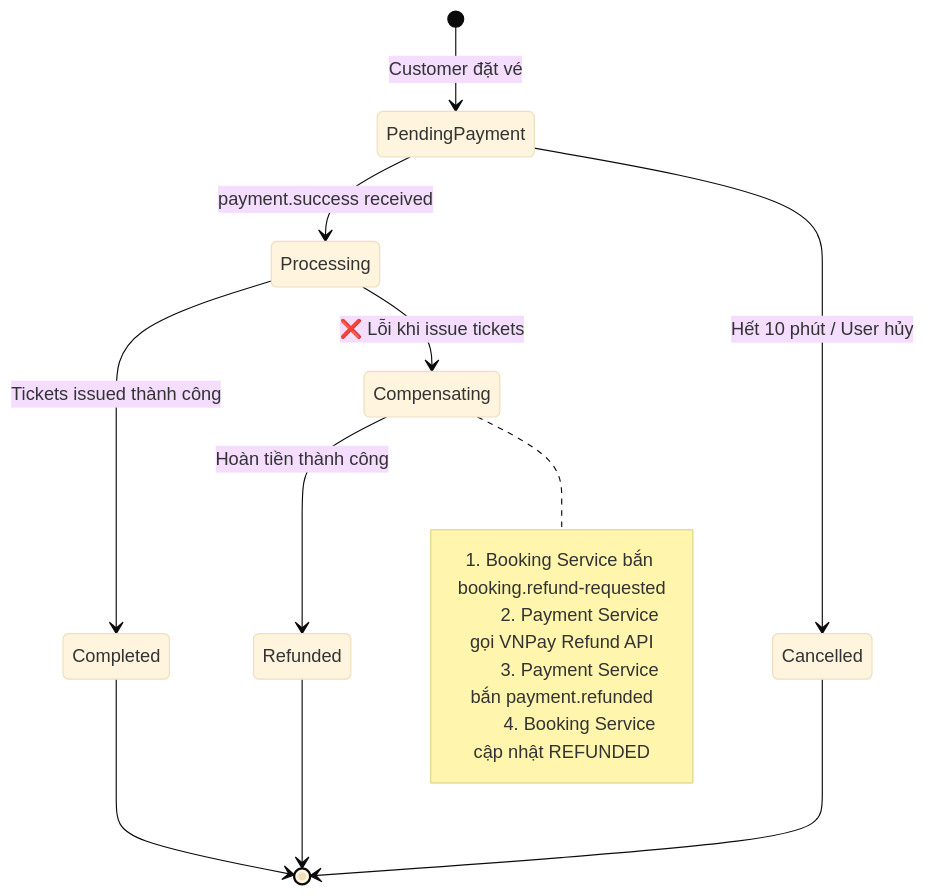
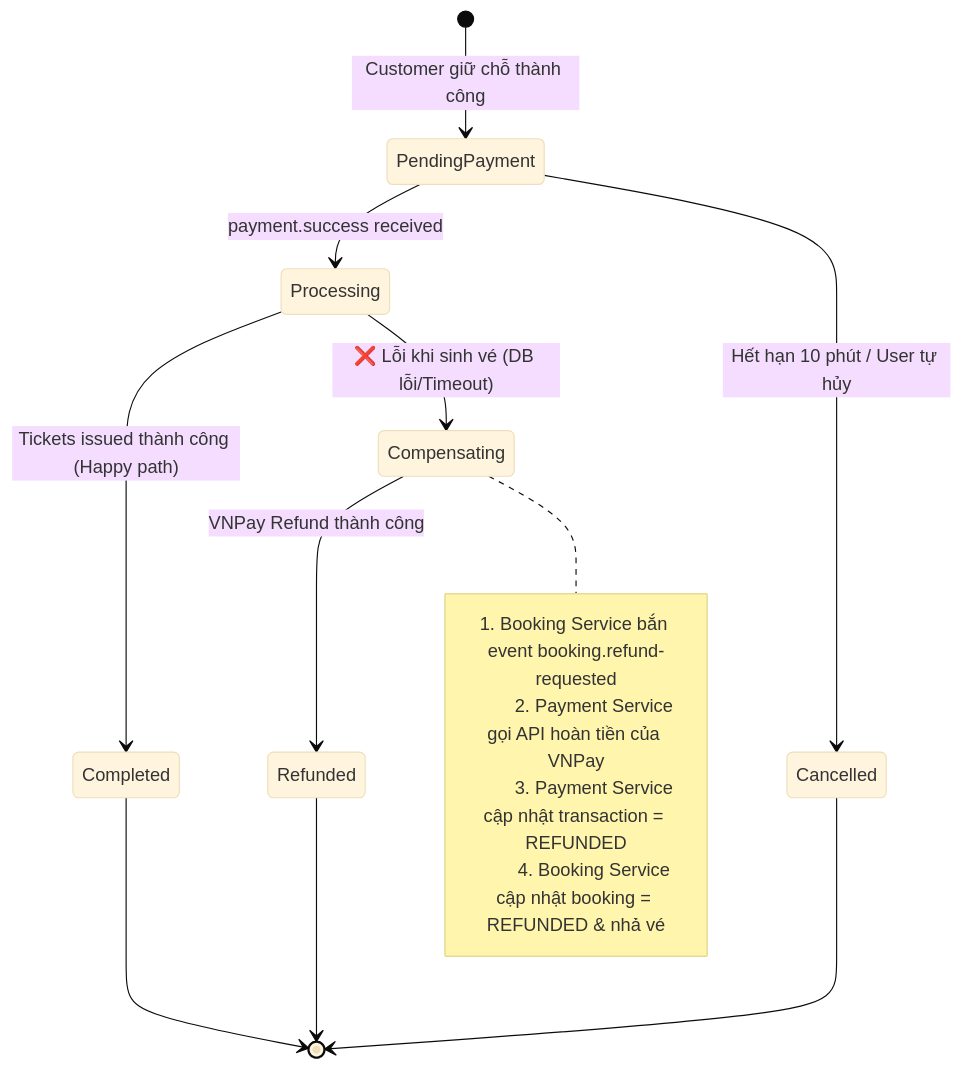
The fourth of 7 diagrams in docs/architecture-diagrams.md (dangngockhieu/TicketBooking), drawn with Mermaid (base theme) before and after one commit. The commit also changed other lines of this file and 9 other files, not shown here.

````diff
--- a/docs/architecture-diagrams.md
+++ b/docs/architecture-diagrams.md
@@ -161,23 +198,23 @@
 ```mermaid
 stateDiagram-v2
-    [*] --> PendingPayment: Customer đặt vé
+    [*] --> PendingPayment: Customer giữ chỗ thành công
 
     PendingPayment --> Processing: payment.success received
-    PendingPayment --> Cancelled: Hết 10 phút / User hủy
+    PendingPayment --> Cancelled: Hết hạn 10 phút / User tự hủy
 
-    Processing --> Completed: Tickets issued thành công
-    Processing --> Compensating: ❌ Lỗi khi issue tickets
+    Processing --> Completed: Tickets issued thành công (Happy path)
+    Processing --> Compensating: ❌ Lỗi khi sinh vé (DB lỗi/Timeout)
 
-    Compensating --> Refunded: Hoàn tiền thành công
+    Compensating --> Refunded: VNPay Refund thành công
 
     Completed --> [*]
     Cancelled --> [*]
     Refunded --> [*]
 
     note right of Compensating
-        1. Booking Service bắn booking.refund-requested
-        2. Payment Service gọi VNPay Refund API
-        3. Payment Service bắn payment.refunded
-        4. Booking Service cập nhật REFUNDED
+        1. Booking Service bắn event booking.refund-requested
+        2. Payment Service gọi API hoàn tiền của VNPay
+        3. Payment Service cập nhật transaction = REFUNDED
+        4. Booking Service cập nhật booking = REFUNDED & nhả vé
     end note
 ```
````
